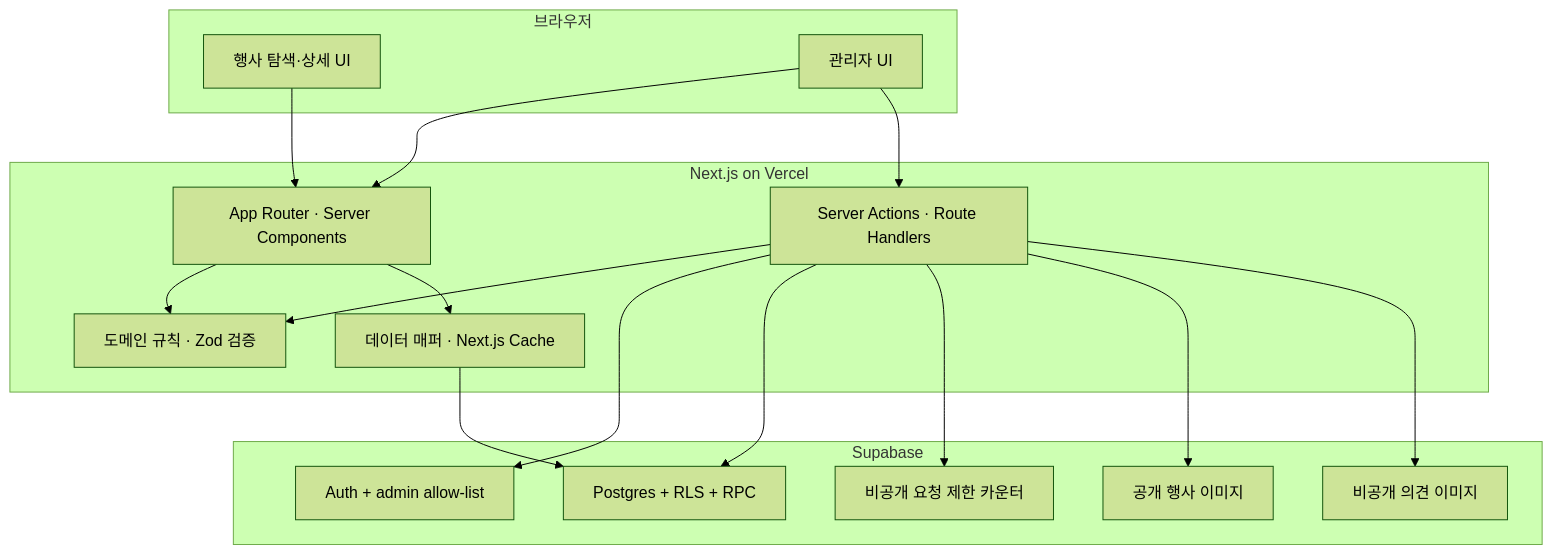
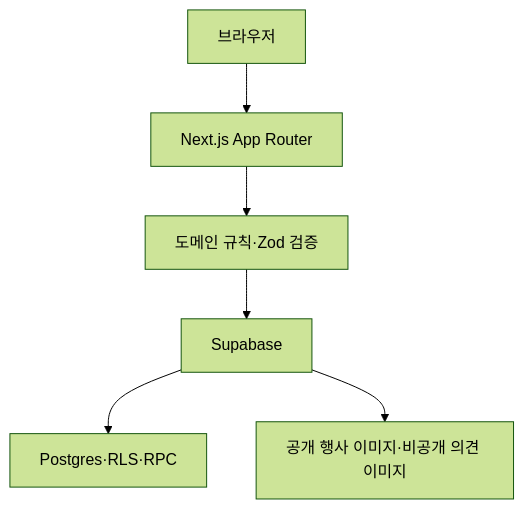
One commit to sanghee01/sokcho-moa changed the second of 3 diagrams in README.md. Above: the diagram before and after it, drawn with Mermaid (forest theme). The commit also changed other lines of this file and 2 other files, not shown here.

````diff
--- a/README.md
+++ b/README.md
@@ -89,35 +77,8 @@
 ```mermaid
 flowchart TB
-  subgraph Client["브라우저"]
-    PublicUI["행사 탐색·상세 UI"]
-    AdminUI["관리자 UI"]
-  end
-
-  subgraph Next["Next.js on Vercel"]
-    Routes["App Router · Server Components"]
-    Actions["Server Actions · Route Handlers"]
-    Domain["도메인 규칙 · Zod 검증"]
-    Data["데이터 매퍼 · Next.js Cache"]
-  end
-
-  subgraph Supabase["Supabase"]
-    Auth["Auth + admin allow-list"]
-    DB["Postgres + RLS + RPC"]
-    RateLimit["비공개 요청 제한 카운터"]
-    PublicStorage["공개 행사 이미지"]
-    PrivateStorage["비공개 의견 이미지"]
-  end
-
-  PublicUI --> Routes
-  AdminUI --> Routes
-  AdminUI --> Actions
-  Routes --> Domain
-  Routes --> Data
-  Actions --> Domain
-  Actions --> Auth
-  Actions --> DB
-  Actions --> RateLimit
-  Actions --> PublicStorage
-  Actions --> PrivateStorage
-  Data --> DB
+  Browser["브라우저"] --> Next["Next.js App Router"]
+  Next --> Rules["도메인 규칙·Zod 검증"]
+  Rules --> Supabase["Supabase"]
+  Supabase --> DB["Postgres·RLS·RPC"]
+  Supabase --> Storage["공개 행사 이미지·비공개 의견 이미지"]
 ```
````
